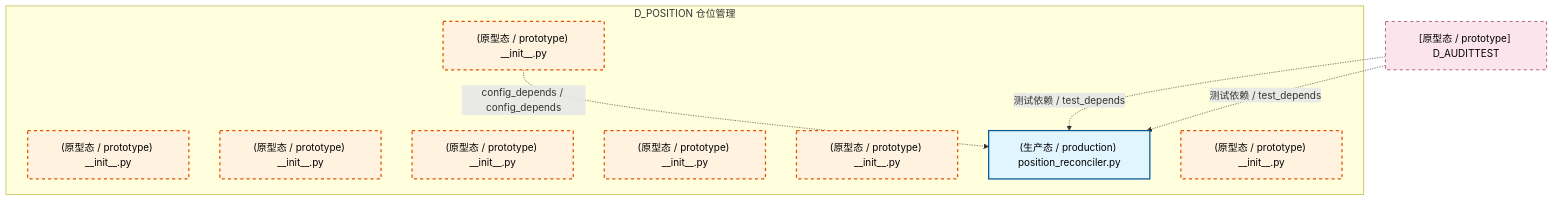
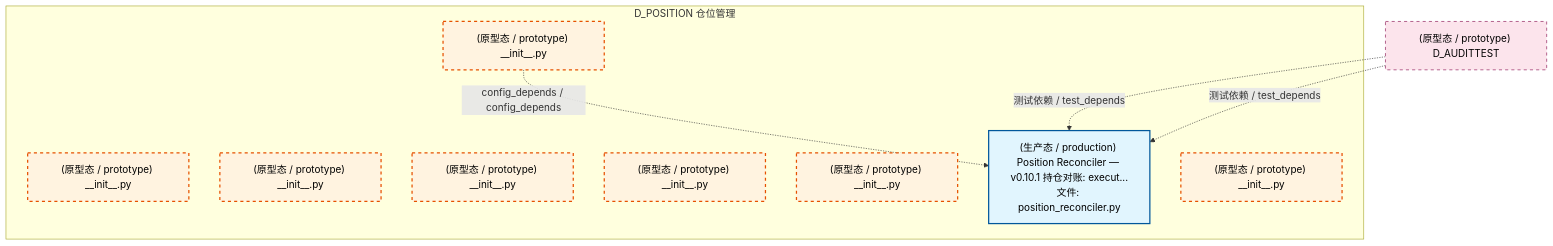
The first of 4 diagrams in docs/02_enterprise_architecture/02_domain_architecture_docs/45_d_position.md (xuanFelixVan/ZephyrAlpha), drawn with Mermaid before and after one commit. The commit also changed other lines of this file and 51 other files, not shown here.

````diff
--- a/docs/02_enterprise_architecture/02_domain_architecture_docs/45_d_position.md
+++ b/docs/02_enterprise_architecture/02_domain_architecture_docs/45_d_position.md
@@ -49,24 +71,24 @@
 ```mermaid
 graph TD
     subgraph D_POSITION["D_POSITION 仓位管理"]
         src_zephyr_position_init_py["(原型态 / prototype) __init__.py"]
         src_zephyr_position_extensions_init_py["(原型态 / prototype) __init__.py"]
         src_zephyr_position_api_init_py["(原型态 / prototype) __init__.py"]
         src_zephyr_position_core_init_py["(原型态 / prototype) __init__.py"]
         src_zephyr_position_infrastructure_init_py["(原型态 / prototype) __init__.py"]
         src_zephyr_position_models_init_py["(原型态 / prototype) __init__.py"]
-        src_zephyr_position_position_reconciler_py["(生产态 / production) position_reconciler.py"]
+        src_zephyr_position_position_reconciler_py["(生产态 / production) Position Reconciler — v0.10.1 持仓对账: execut...<br/>文件: position_reconciler.py"]
         src_zephyr_position_services_init_py["(原型态 / prototype) __init__.py"]
     end
     src_zephyr_position_init_py -.->|config_depends / config_depends| src_zephyr_position_position_reconciler_py
-    D_AUDITTEST["[原型态 / prototype] D_AUDITTEST"]
+    D_AUDITTEST["(原型态 / prototype) D_AUDITTEST"]
     D_AUDITTEST -.->|测试依赖 / test_depends| src_zephyr_position_position_reconciler_py
     D_AUDITTEST -.->|测试依赖 / test_depends| src_zephyr_position_position_reconciler_py
     classDef production fill:#e1f5fe,stroke:#01579b,stroke-width:2px,color:#000
     classDef design fill:#fff3e0,stroke:#e65100,stroke-width:2px,color:#000,stroke-dasharray: 5 5
     classDef external_prod fill:#e8f5e9,stroke:#1b5e20,stroke-width:1px,color:#000
     classDef external_design fill:#fce4ec,stroke:#880e4f,stroke-width:1px,color:#000,stroke-dasharray: 5 5
     class src_zephyr_position_position_reconciler_py production
     class src_zephyr_position_init_py,src_zephyr_position_extensions_init_py,src_zephyr_position_api_init_py,src_zephyr_position_core_init_py,src_zephyr_position_infrastructure_init_py,src_zephyr_position_models_init_py,src_zephyr_position_services_init_py design
     class D_AUDITTEST external_design
 ```
````
